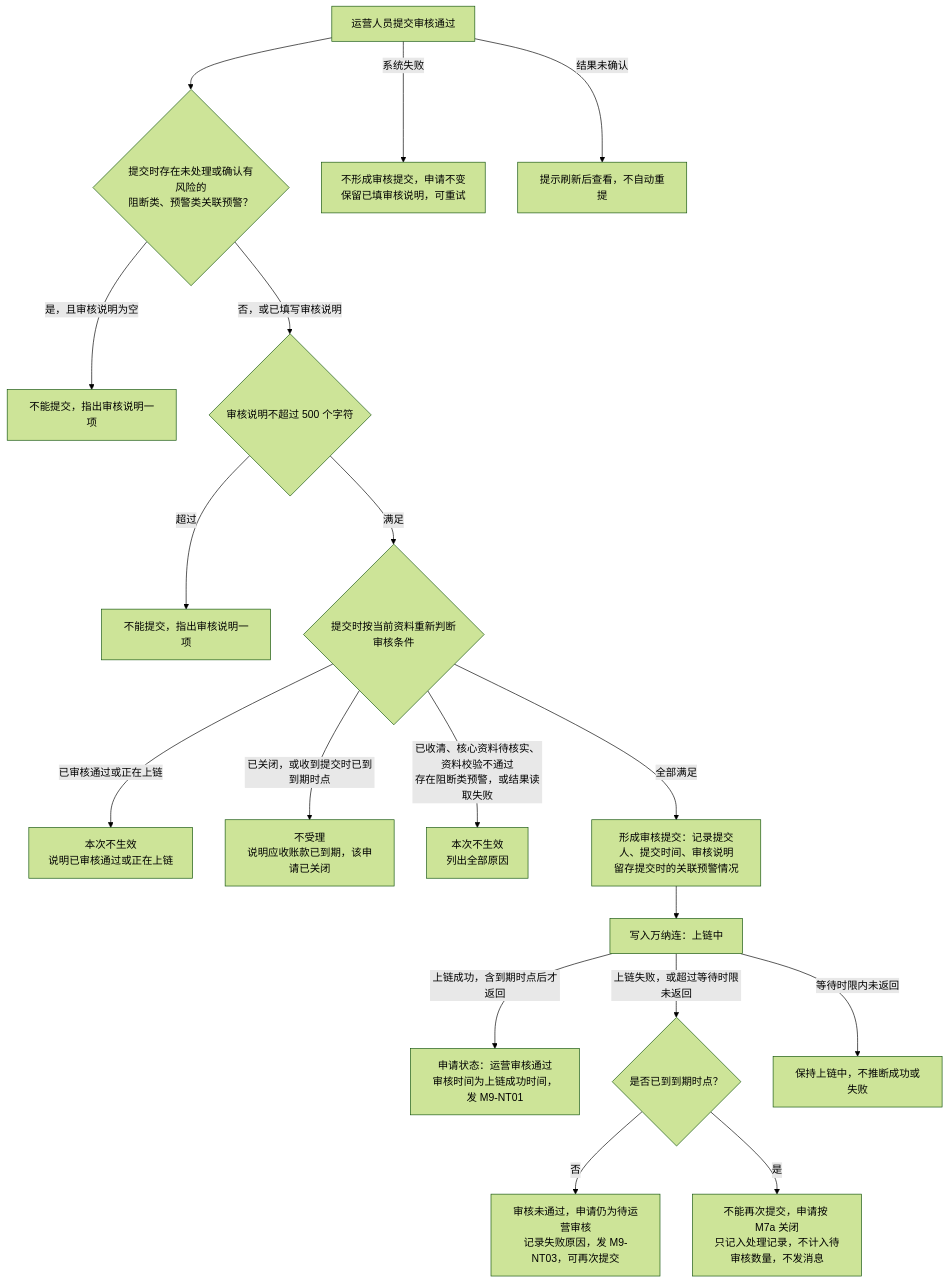
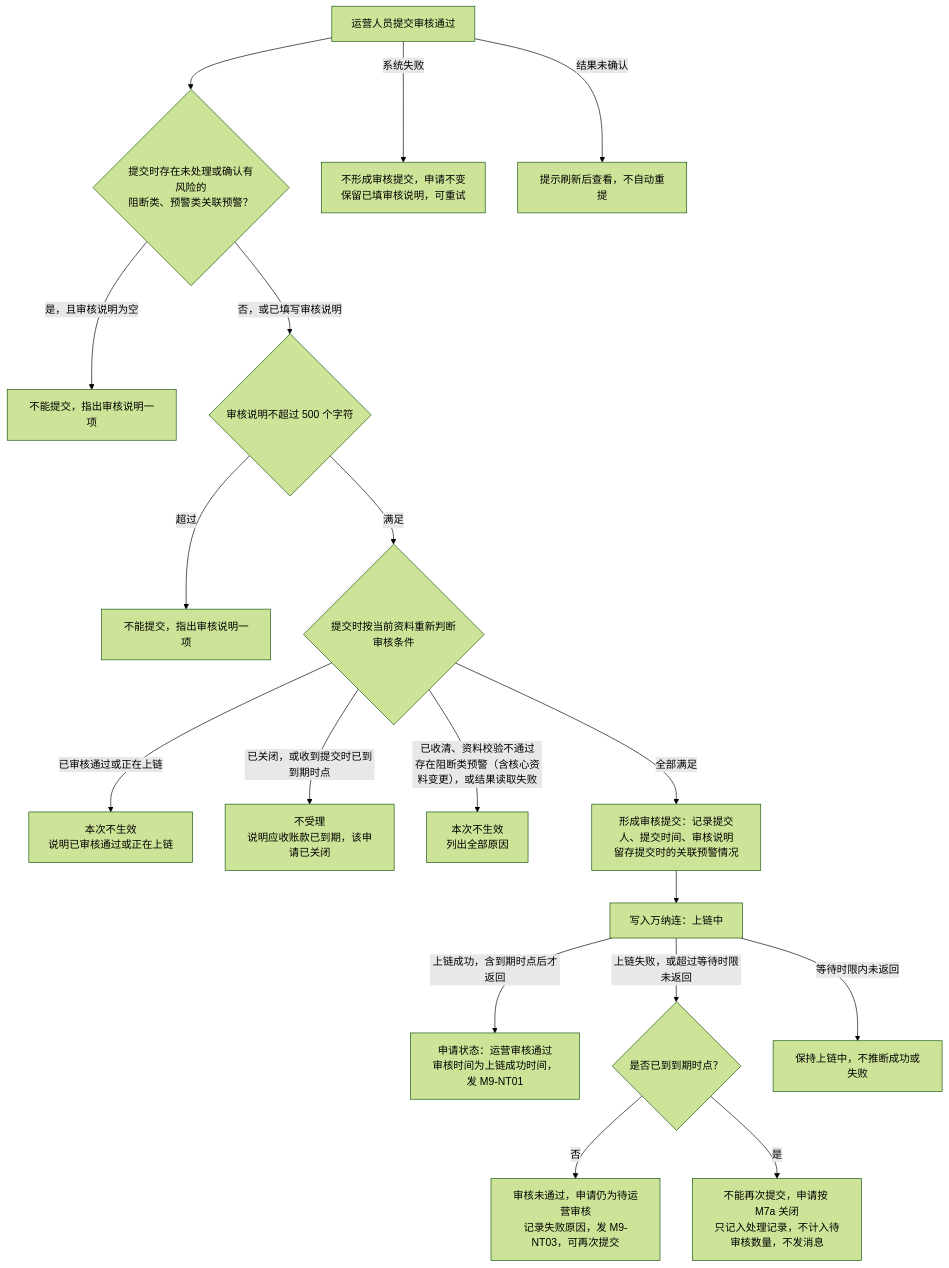
Before and after one commit to wxblockchain/Chain-Financing: the second of 4 diagrams in asset-trust-platform/PRD/运营端/M9-运营审核/02-运营审核-流程图与状态机.md, drawn with Mermaid (forest theme). The commit also changed other lines of this file and 4 other files, not shown here.

````diff
--- a/asset-trust-platform/PRD/运营端/M9-运营审核/02-运营审核-流程图与状态机.md
+++ b/asset-trust-platform/PRD/运营端/M9-运营审核/02-运营审核-流程图与状态机.md
@@ -42,20 +42,20 @@
 ```mermaid
 flowchart TD
     A[运营人员提交审核通过] --> B{提交时存在未处理或确认有风险的<br/>阻断类、预警类关联预警？}
     B -->|是，且审核说明为空| B1[不能提交，指出审核说明一项]
     B -->|否，或已填写审核说明| B2{审核说明不超过 500 个字符}
     B2 -->|超过| B3[不能提交，指出审核说明一项]
     B2 -->|满足| C{提交时按当前资料重新判断审核条件}
     C -->|已审核通过或正在上链| C1[本次不生效<br/>说明已审核通过或正在上链]
     C -->|已关闭，或收到提交时已到到期时点| C2[不受理<br/>说明应收账款已到期，该申请已关闭]
-    C -->|已收清、核心资料待核实、资料校验不通过<br/>存在阻断类预警，或结果读取失败| C3[本次不生效<br/>列出全部原因]
+    C -->|已收清、资料校验不通过<br/>存在阻断类预警（含核心资料变更），或结果读取失败| C3[本次不生效<br/>列出全部原因]
     C -->|全部满足| D[形成审核提交：记录提交人、提交时间、审核说明<br/>留存提交时的关联预警情况]
     D --> E[写入万纳连：上链中]
     E -->|上链成功，含到期时点后才返回| S[申请状态：运营审核通过<br/>审核时间为上链成功时间，发 M9-NT01]
     E -->|上链失败，或超过等待时限未返回| U{是否已到到期时点？}
     U -->|否| X[审核未通过，申请仍为待运营审核<br/>记录失败原因，发 M9-NT03，可再次提交]
     U -->|是| X2[不能再次提交，申请按 M7a 关闭<br/>只记入处理记录，不计入待审核数量，不发消息]
     E -->|等待时限内未返回| W[保持上链中，不推断成功或失败]
     A -->|系统失败| F[不形成审核提交，申请不变<br/>保留已填审核说明，可重试]
     A -->|结果未确认| G[提示刷新后查看，不自动重提]
 ```
````
